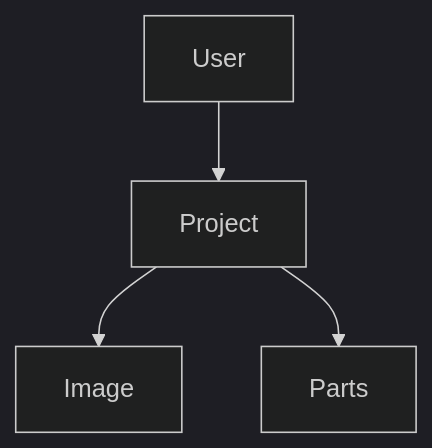
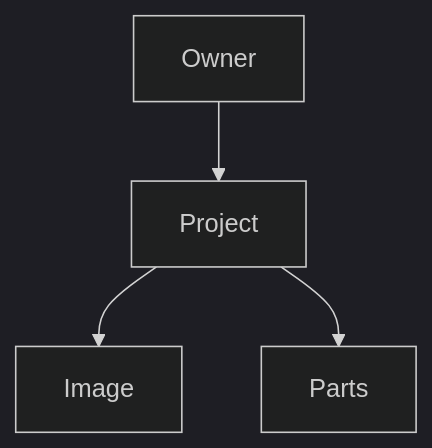
Before and after one commit to iaggocapitanio1/ww4TestImage: the first of 2 diagrams in README.md, drawn with Mermaid (dark theme). The commit also changed 3 other files, not shown here.

````diff
--- a/README.md
+++ b/README.md
@@ -4,6 +4,6 @@
 ```mermaid
 graph TD;
-    User-->Project;
+    Owner-->Project;
     Project-->Image;
     Project-->Parts;
 ```
````
